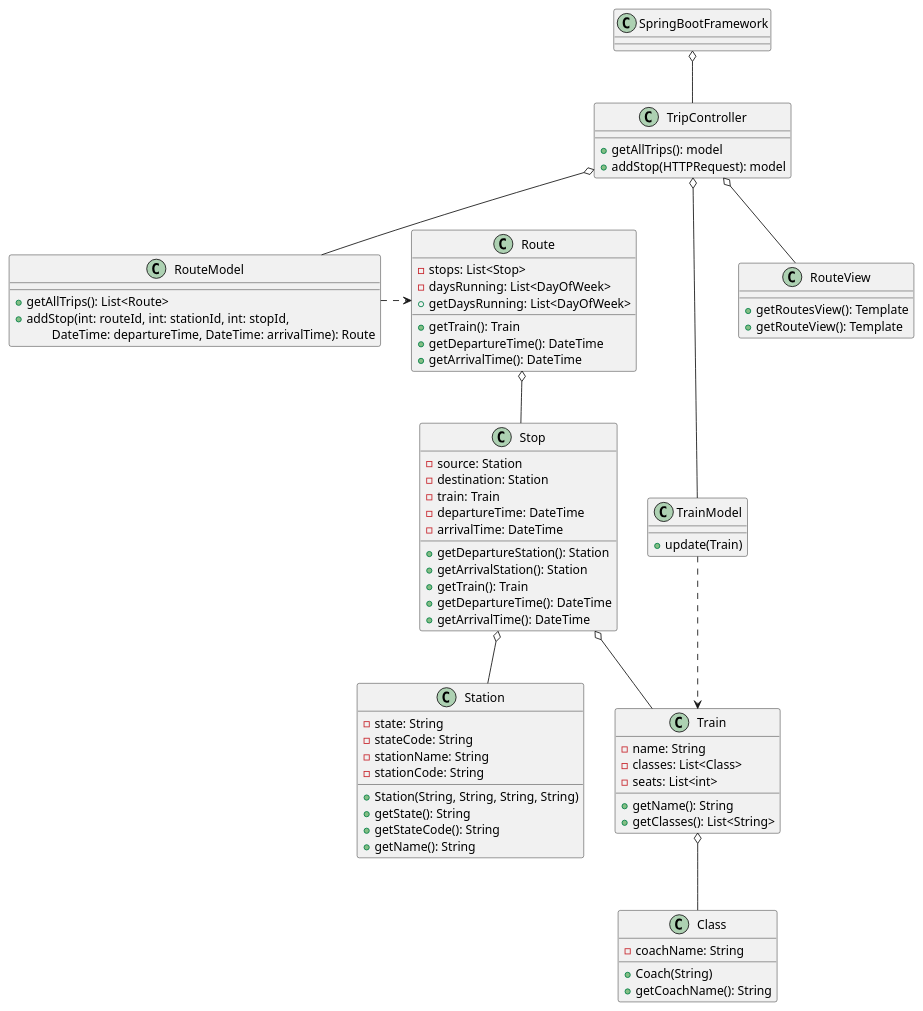
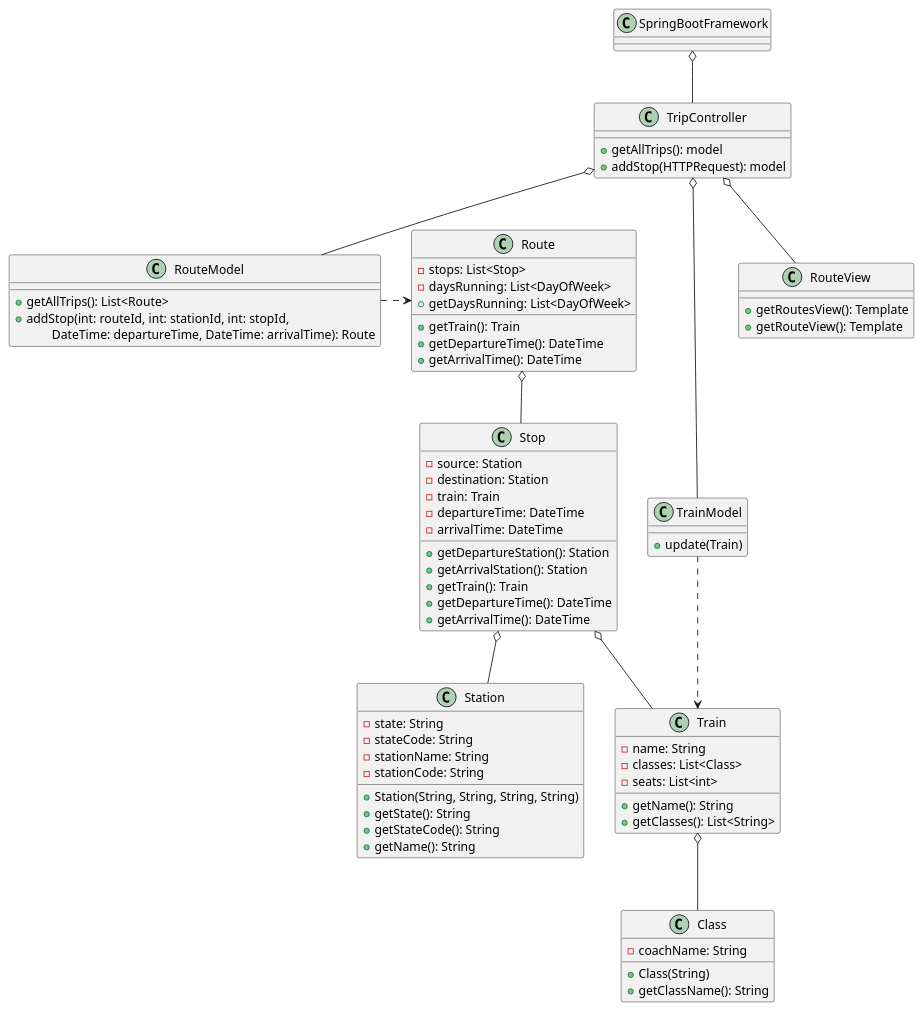
One commit to Rockie156/se577-train-system changed the diagram in doc/class/manage_itinerary.puml. Above: the diagram before and after it, drawn with PlantUML.

Commit message:
complete diagrams

```diff
--- a/doc/class/manage_itinerary.puml
+++ b/doc/class/manage_itinerary.puml
@@ -1,82 +1,81 @@
 @startuml
 class SpringBootFramework {
-
 }
 SpringBootFramework o-- TripController
 
 class TripController {
     +getAllTrips(): model
     +addStop(HTTPRequest): model
 }
 TripController o-- RouteModel
 TripController o-- TrainModel
 TripController o-- RouteView
 
 class RouteModel {
     +getAllTrips(): List<Route>
     +addStop(int: routeId, int: stationId, int: stopId,
     \tDateTime: departureTime, DateTime: arrivalTime): Route
 }
 RouteModel .> Route
 
 class TrainModel {
     +update(Train)
 }
 TrainModel .> Train
 
 class RouteView {
     +getRoutesView(): Template
     +getRouteView(): Template
 }
 
 class Route {
     -stops: List<Stop>
     -daysRunning: List<DayOfWeek>
     +getTrain(): Train
     +getDaysRunning: List<DayOfWeek>
     +getDepartureTime(): DateTime
     +getArrivalTime(): DateTime
 }
 Route o-- Stop
 
 class Stop {
     -source: Station
     -destination: Station
     -train: Train
     -departureTime: DateTime
     -arrivalTime: DateTime
     +getDepartureStation(): Station
     +getArrivalStation(): Station
     +getTrain(): Train
     +getDepartureTime(): DateTime
     +getArrivalTime(): DateTime
 }
 Stop o-- Station
 Stop o-- Train
 
 class Station {
     -state: String
     -stateCode: String
     -stationName: String
     -stationCode: String
     +Station(String, String, String, String)
     +getState(): String
     +getStateCode(): String
     +getName(): String
 }
 
 class Train {
     -name: String
     -classes: List<Class>
     -seats: List<int>
     +getName(): String
     +getClasses(): List<String>
 }
 Train o-- Class
 
 class Class {
     -coachName: String
-    +Coach(String)
-    +getCoachName(): String
+    +Class(String)
+    +getClassName(): String
 }
 @enduml
```
